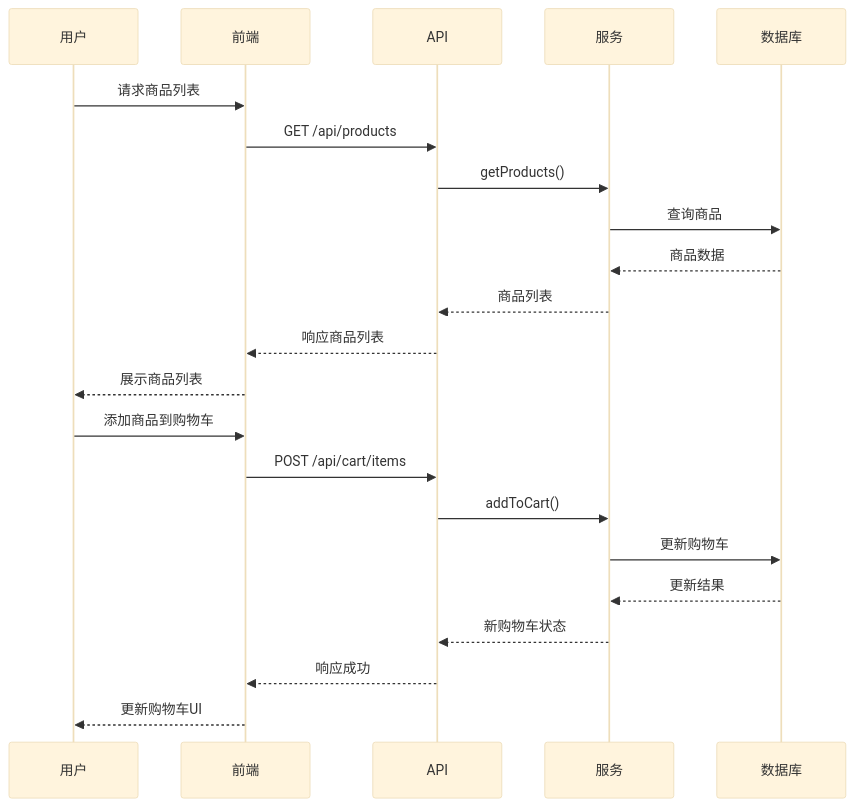
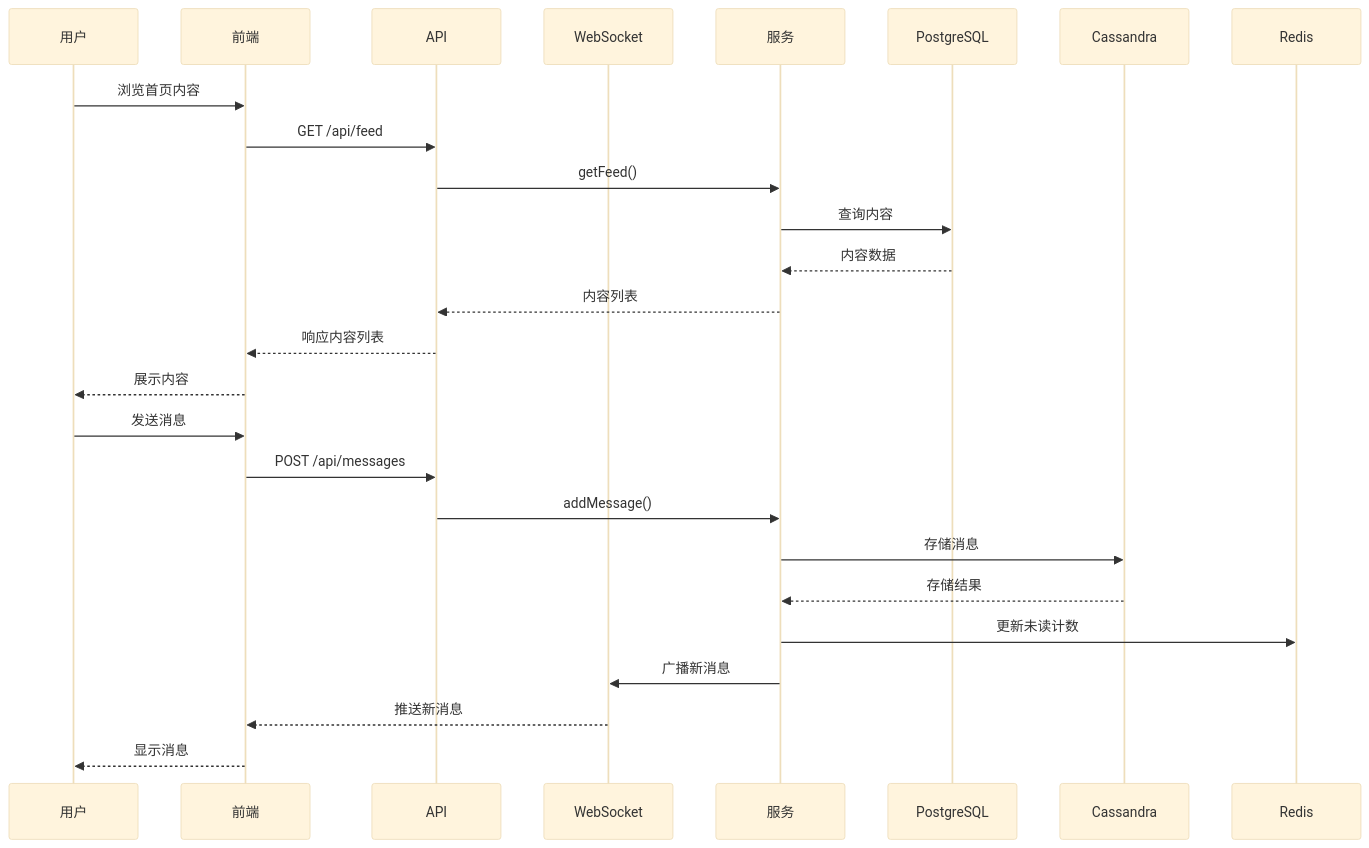
Before and after one commit to felixzhu97/social-media-project: the seventh of 8 diagrams in docs/architecture/system-architecture.md, drawn with Mermaid (base theme). The commit also changed other lines of this file and 8 other files, not shown here.

````diff
--- a/docs/architecture/system-architecture.md
+++ b/docs/architecture/system-architecture.md
@@ -118,26 +163,30 @@
 ```mermaid
 sequenceDiagram
     participant 用户
     participant 前端
     participant API
+    participant WebSocket
     participant 服务
-    participant 数据库
+    participant PostgreSQL
+    participant Cassandra
+    participant Redis
 
-    用户->>前端: 请求商品列表
-    前端->>API: GET /api/products
-    API->>服务: getProducts()
-    服务->>数据库: 查询商品
-    数据库-->>服务: 商品数据
-    服务-->>API: 商品列表
-    API-->>前端: 响应商品列表
-    前端-->>用户: 展示商品列表
+    用户->>前端: 浏览首页内容
+    前端->>API: GET /api/feed
+    API->>服务: getFeed()
+    服务->>PostgreSQL: 查询内容
+    PostgreSQL-->>服务: 内容数据
+    服务-->>API: 内容列表
+    API-->>前端: 响应内容列表
+    前端-->>用户: 展示内容
 
-    用户->>前端: 添加商品到购物车
-    前端->>API: POST /api/cart/items
-    API->>服务: addToCart()
-    服务->>数据库: 更新购物车
-    数据库-->>服务: 更新结果
-    服务-->>API: 新购物车状态
-    API-->>前端: 响应成功
-    前端-->>用户: 更新购物车UI
+    用户->>前端: 发送消息
+    前端->>API: POST /api/messages
+    API->>服务: addMessage()
+    服务->>Cassandra: 存储消息
+    Cassandra-->>服务: 存储结果
+    服务->>Redis: 更新未读计数
+    服务->>WebSocket: 广播新消息
+    WebSocket-->>前端: 推送新消息
+    前端-->>用户: 显示消息
 ```
````
